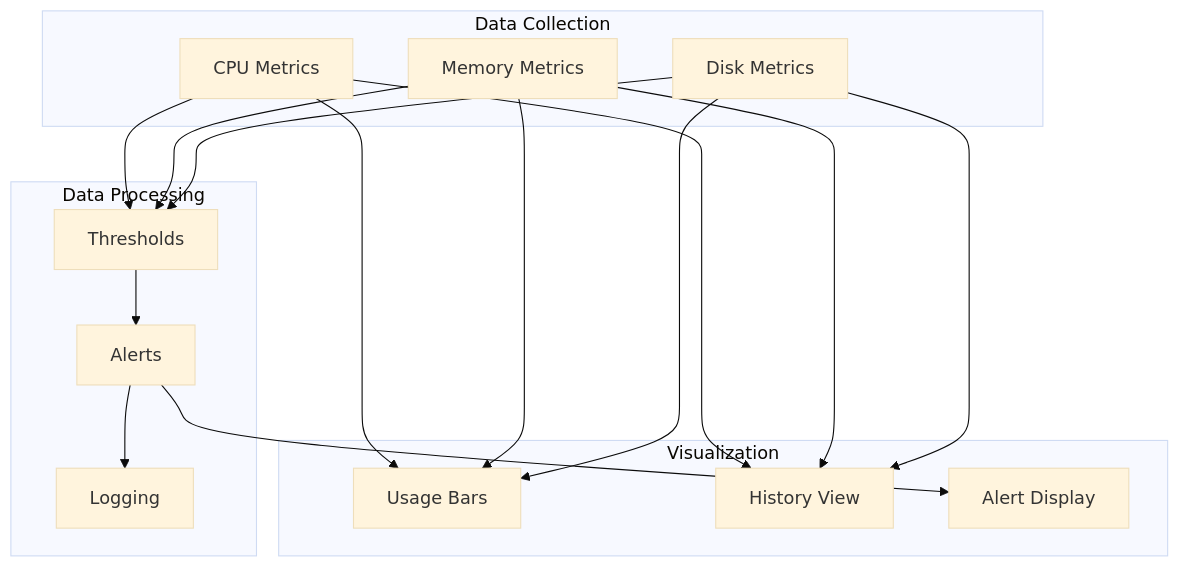
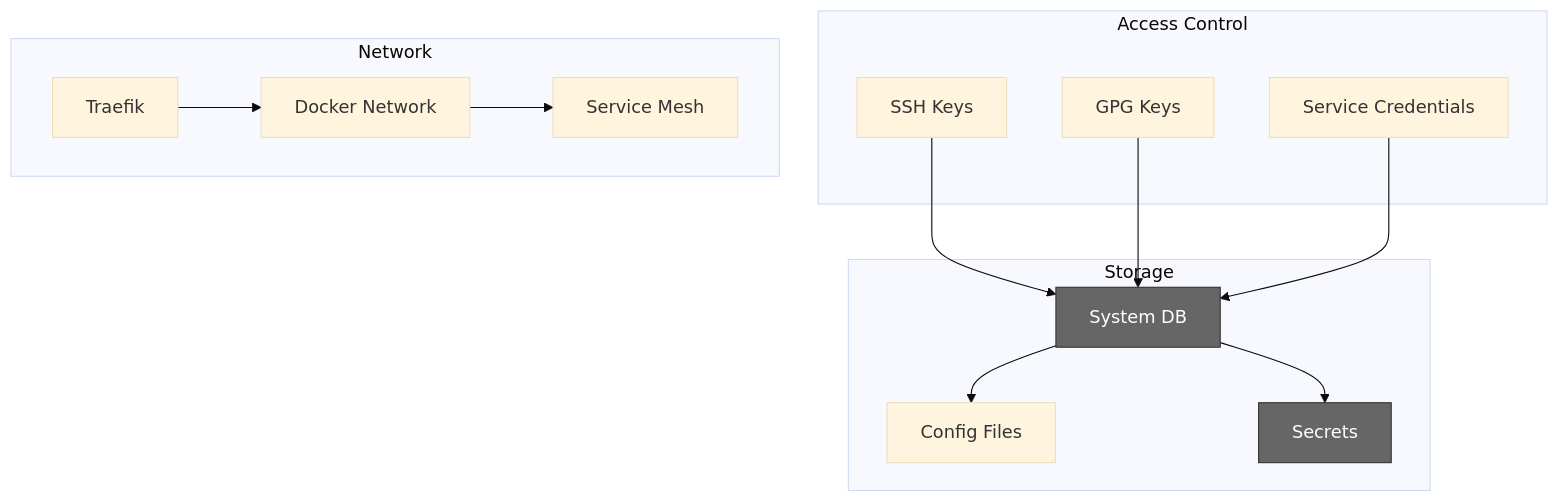
Before and after one commit to elleshadow/dev-ops-tui: the seventh of 8 diagrams in docs/architecture.md, drawn with Mermaid (base theme). The commit also changed other lines of this file and 29 other files, not shown here.

````diff
--- a/docs/architecture.md
+++ b/docs/architecture.md
@@ -111,36 +224,33 @@
 ```mermaid
-flowchart TD
-    subgraph Collection ["Data Collection"]
-        CPU[CPU Metrics]
-        MEM[Memory Metrics]
-        DISK[Disk Metrics]
+graph TD
+    subgraph "Access Control"
+        A[SSH Keys]
+        B[GPG Keys]
+        C[Service Credentials]
     end
     
-    subgraph Processing ["Data Processing"]
-        TH[Thresholds]
-        AL[Alerts]
-        LOG[Logging]
+    subgraph "Storage"
+        D[System DB]
+        E[Config Files]
+        F[Secrets]
     end
     
-    subgraph Display ["Visualization"]
-        BAR[Usage Bars]
-        HIST[History View]
-        ALERT[Alert Display]
+    subgraph "Network"
+        G[Traefik]
+        H[Docker Network]
+        I[Service Mesh]
     end
     
-    CPU --> TH
-    MEM --> TH
-    DISK --> TH
+    A --> D
+    B --> D
+    C --> D
     
-    TH --> AL
-    AL --> LOG
-    AL --> ALERT
+    D --> E
+    D --> F
     
-    CPU --> BAR
-    MEM --> BAR
-    DISK --> BAR
+    G --> H
+    H --> I
     
-    CPU --> HIST
-    MEM --> HIST
-    DISK --> HIST
+    style D fill:#666,stroke:#333,color:#fff
+    style F fill:#666,stroke:#333,color:#fff
 ```
````
